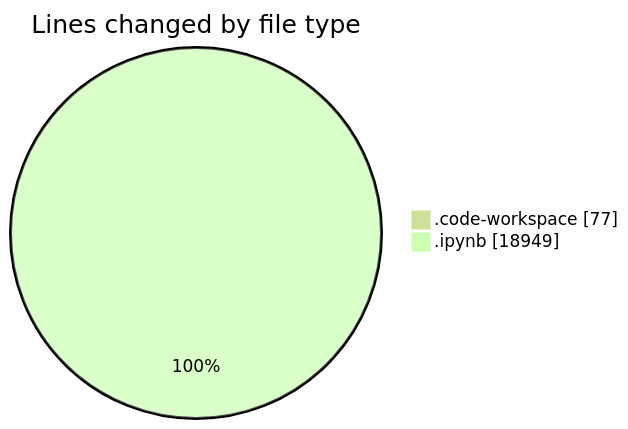
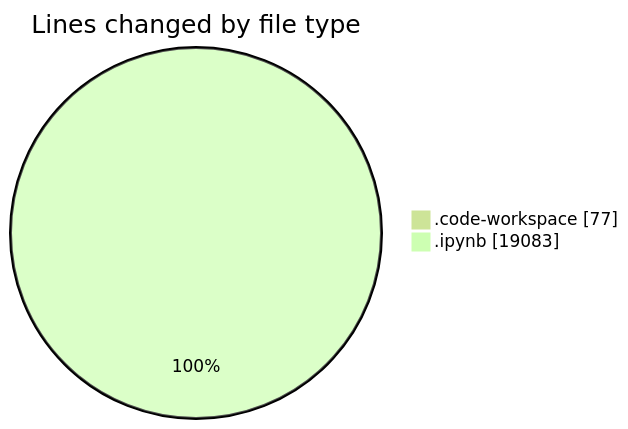
One commit to MatusMokan/code-tracking changed the first of 2 diagrams in 2025-03-14/myws__workspace_/README.md. Above: the diagram before and after it, drawn with Mermaid (forest theme). The commit also changed other lines of this file and 1 other file, not shown here.

````diff
--- a/2025-03-14/myws__workspace_/README.md
+++ b/2025-03-14/myws__workspace_/README.md
@@ -22,6 +22,6 @@
 ```mermaid
 pie showData
 title Lines changed by file type
 ".code-workspace" : 77
-".ipynb" : 18949
+".ipynb" : 19083
 ```
````
